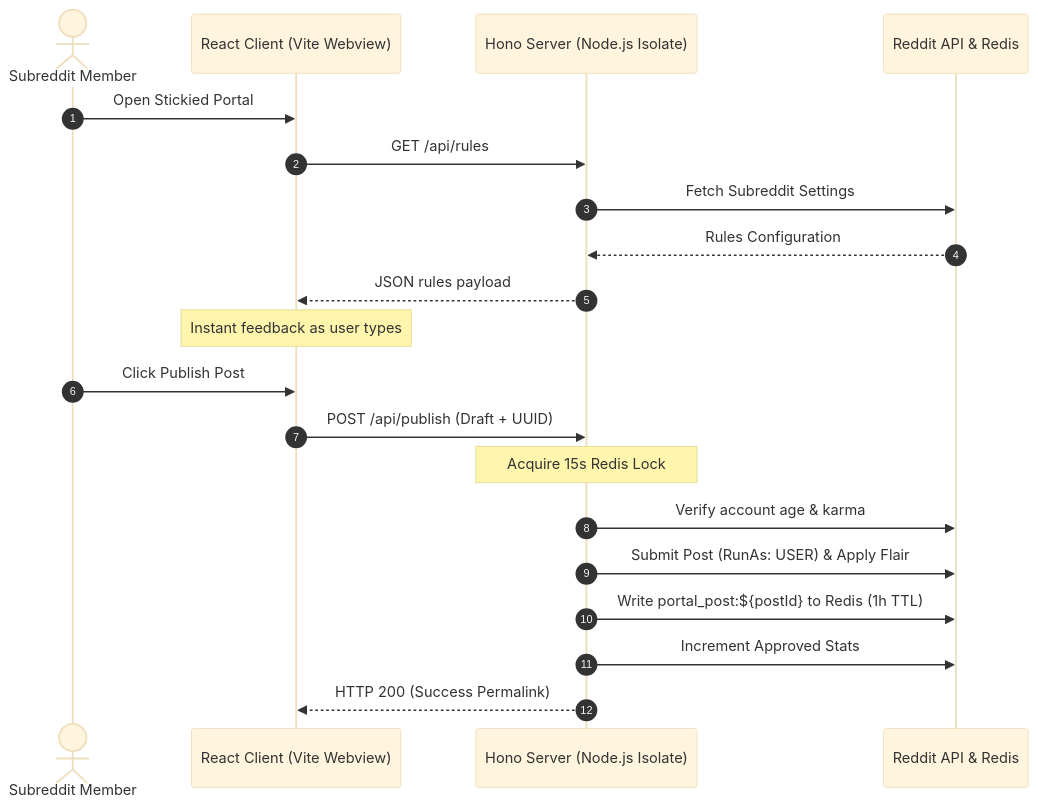
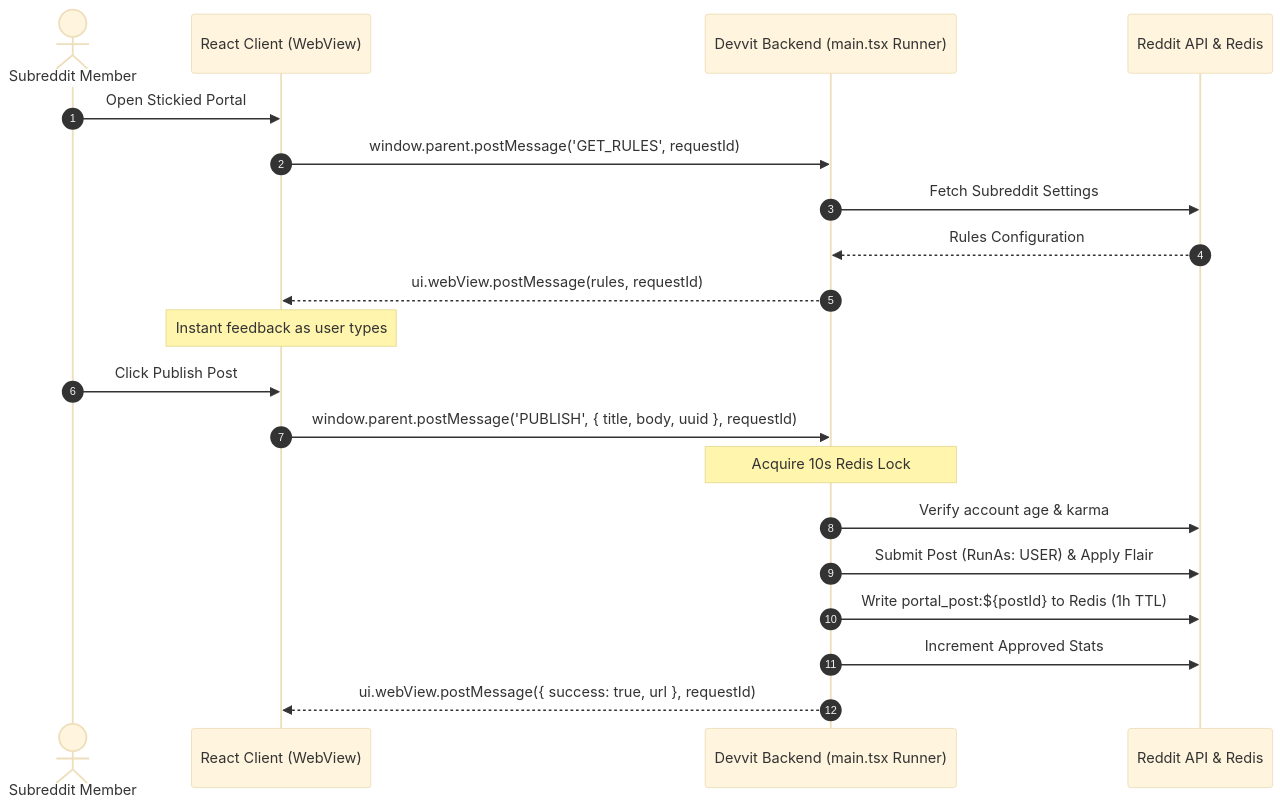
The diagram in README.md (seeramsujay/post-pilot), drawn with Mermaid (base theme) before and after one commit. The commit also changed other lines of this file and 2 other files, not shown here.

````diff
--- a/README.md
+++ b/README.md
@@ -68,23 +59,23 @@
 ```mermaid
 sequenceDiagram
     autonumber
     actor User as Subreddit Member
-    participant C as React Client (Vite Webview)
-    participant S as Hono Server (Node.js Isolate)
+    participant C as React Client (WebView)
+    participant B as Devvit Backend (main.tsx Runner)
     participant R as Reddit API & Redis
     
     User->>C: Open Stickied Portal
-    C->>S: GET /api/rules
-    S->>R: Fetch Subreddit Settings
-    R-->>S: Rules Configuration
-    S-->>C: JSON rules payload
+    C->>B: window.parent.postMessage('GET_RULES', requestId)
+    B->>R: Fetch Subreddit Settings
+    R-->>B: Rules Configuration
+    B-->>C: ui.webView.postMessage(rules, requestId)
     Note over C: Instant feedback as user types
     User->>C: Click Publish Post
-    C->>S: POST /api/publish (Draft + UUID)
-    Note over S: Acquire 15s Redis Lock
-    S->>R: Verify account age & karma
-    S->>R: Submit Post (RunAs: USER) & Apply Flair
-    S->>R: Write portal_post:${postId} to Redis (1h TTL)
-    S->>R: Increment Approved Stats
-    S-->>C: HTTP 200 (Success Permalink)
+    C->>B: window.parent.postMessage('PUBLISH', { title, body, uuid }, requestId)
+    Note over B: Acquire 10s Redis Lock
+    B->>R: Verify account age & karma
+    B->>R: Submit Post (RunAs: USER) & Apply Flair
+    B->>R: Write portal_post:${postId} to Redis (1h TTL)
+    B->>R: Increment Approved Stats
+    B-->>C: ui.webView.postMessage({ success: true, url }, requestId)
 ```
````
